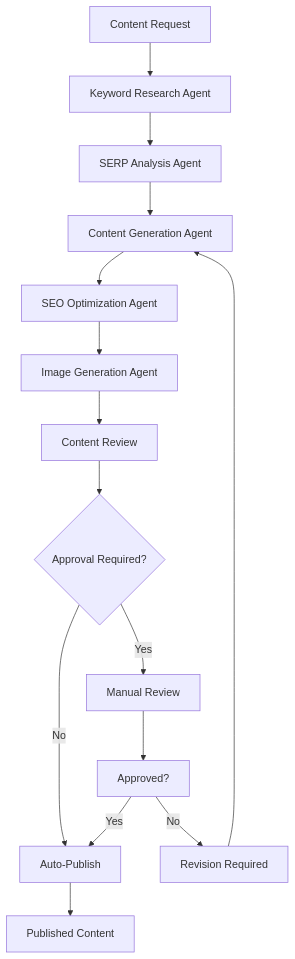
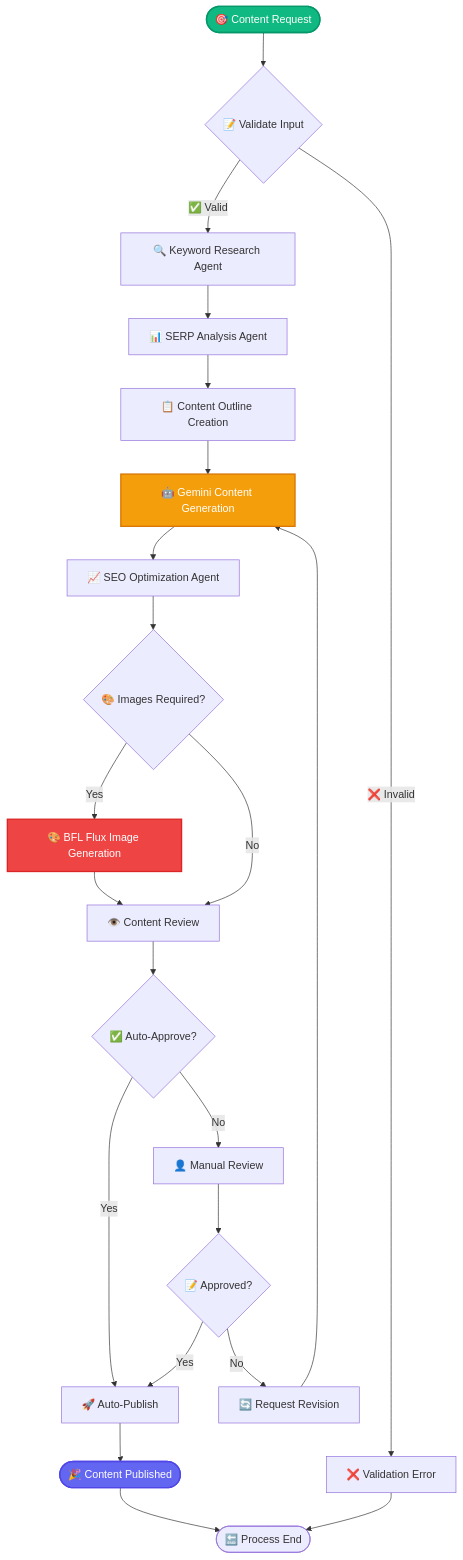
One commit to vikram-agentic/agenticai-ltd changed the eighth of 18 diagrams in README.md. Above: the diagram before and after it, drawn with Mermaid. The commit also changed other lines of this file and 2 other files, not shown here.

````diff
--- a/README.md
+++ b/README.md
@@ -1283,17 +604,35 @@
 ```mermaid
-graph TD
-    A[Content Request] --> B[Keyword Research Agent]
-    B --> C[SERP Analysis Agent]
-    C --> D[Content Generation Agent]
-    D --> E[SEO Optimization Agent]
-    E --> F[Image Generation Agent]
-    F --> G[Content Review]
-    G --> H{Approval Required?}
-    H -->|Yes| I[Manual Review]
-    H -->|No| J[Auto-Publish]
-    I --> K[Approved?]
-    K -->|Yes| J
-    K -->|No| L[Revision Required]
-    L --> D
-    J --> M[Published Content]
+flowchart TD
+    START([🎯 Content Request]) --> VALIDATE{📝 Validate Input}
+    VALIDATE -->|✅ Valid| KEYWORDS[🔍 Keyword Research Agent]
+    VALIDATE -->|❌ Invalid| ERROR[❌ Validation Error]
+    
+    KEYWORDS --> SERP[📊 SERP Analysis Agent]
+    SERP --> OUTLINE[📋 Content Outline Creation]
+    OUTLINE --> GENERATE[🤖 Gemini Content Generation]
+    
+    GENERATE --> SEO[📈 SEO Optimization Agent]
+    SEO --> IMAGES{🎨 Images Required?}
+    
+    IMAGES -->|Yes| FLUX[🎨 BFL Flux Image Generation]
+    IMAGES -->|No| REVIEW[👁️ Content Review]
+    FLUX --> REVIEW
+    
+    REVIEW --> APPROVE{✅ Auto-Approve?}
+    APPROVE -->|Yes| PUBLISH[🚀 Auto-Publish]
+    APPROVE -->|No| MANUAL[👤 Manual Review]
+    
+    MANUAL --> DECISION{📝 Approved?}
+    DECISION -->|Yes| PUBLISH
+    DECISION -->|No| REVISE[🔄 Request Revision]
+    REVISE --> GENERATE
+    
+    PUBLISH --> SUCCESS([🎉 Content Published])
+    ERROR --> END([🔚 Process End])
+    SUCCESS --> END
+    
+    style START fill:#10b981,stroke:#059669,stroke-width:2px,color:#fff
+    style GENERATE fill:#f59e0b,stroke:#d97706,stroke-width:2px,color:#fff
+    style FLUX fill:#ef4444,stroke:#dc2626,stroke-width:2px,color:#fff
+    style SUCCESS fill:#6366f1,stroke:#4f46e5,stroke-width:2px,color:#fff
 ```
````
